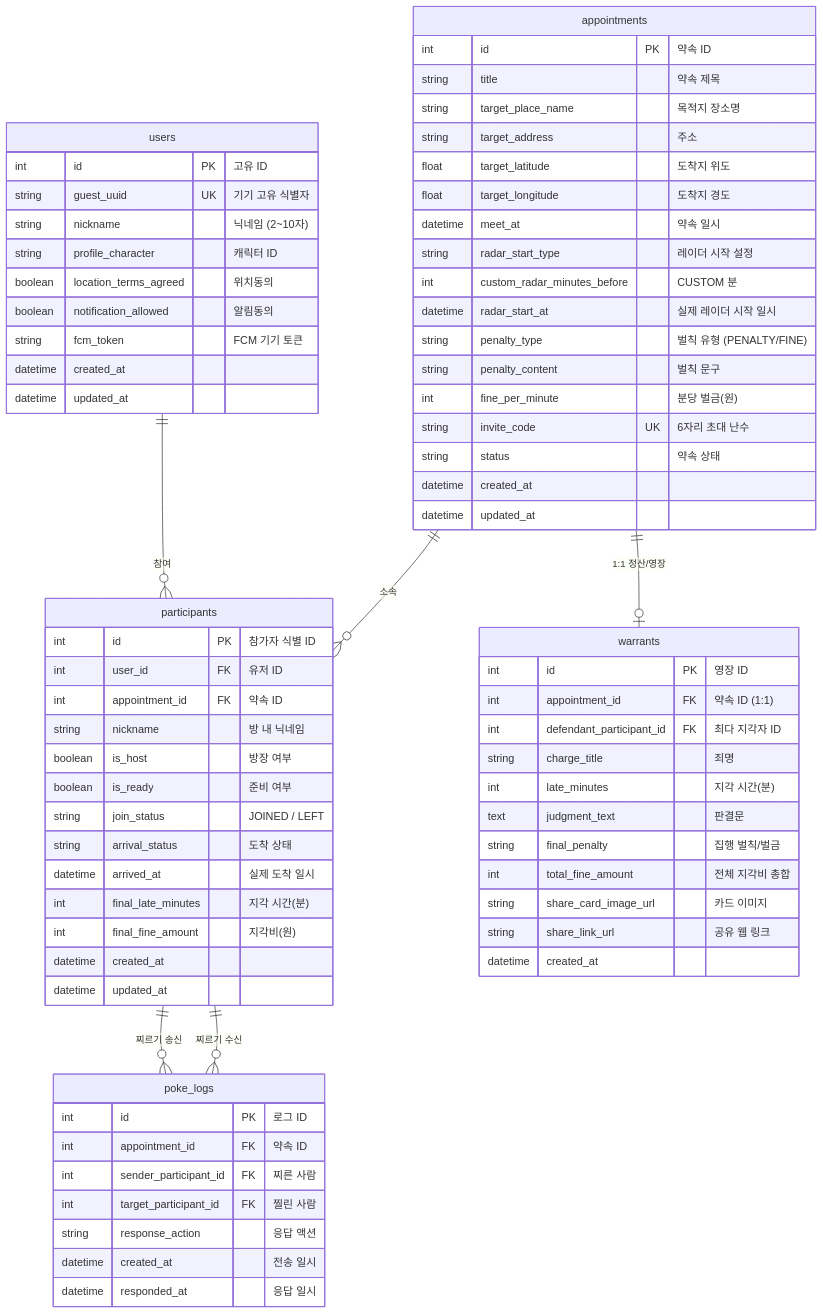
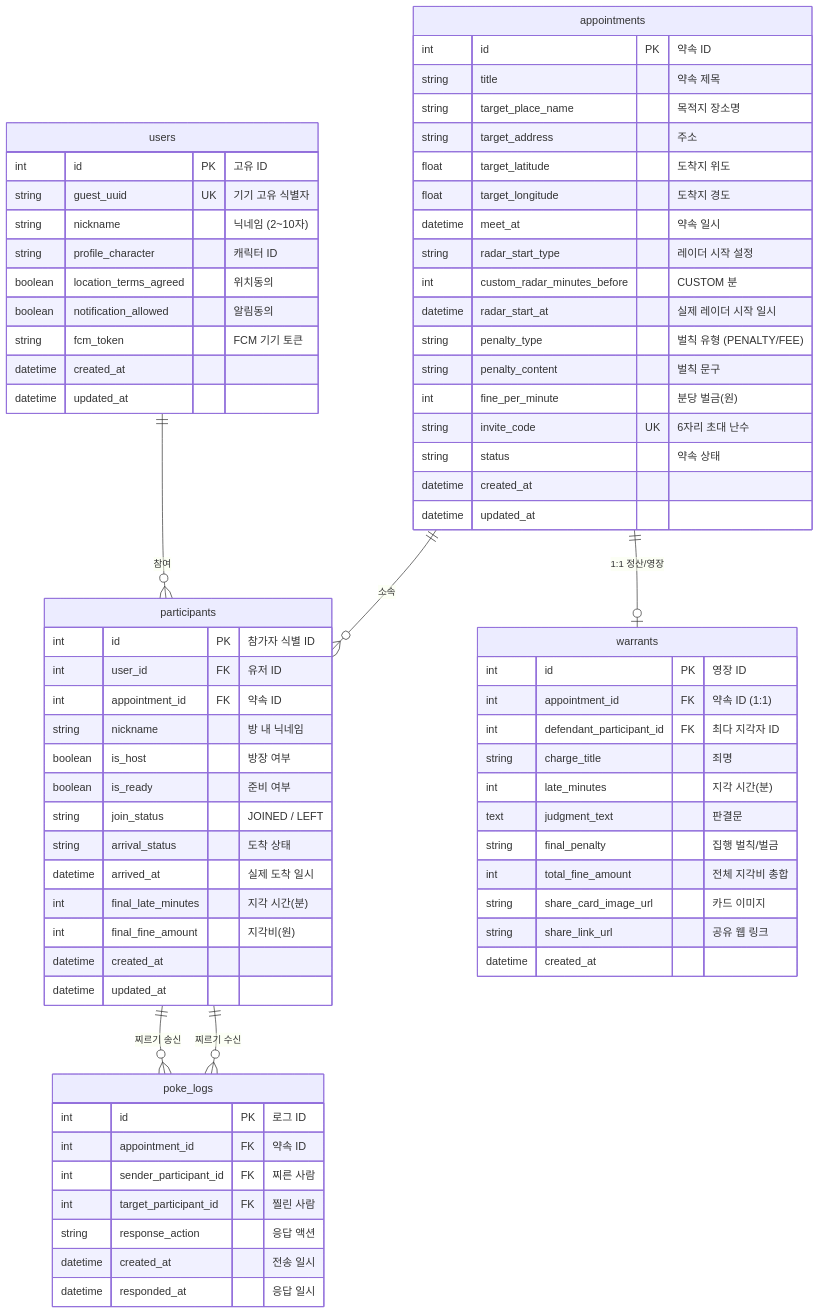
One commit to gomoboo/ETA_BE changed the diagram in docs/DB_SCHEMA.md. Above: the diagram before and after it, drawn with Mermaid. The commit also changed other lines of this file and 4 other files, not shown here.

Commit message:
refactor: Rename penalty type FINE to FEE to match API spec

````diff
--- a/docs/DB_SCHEMA.md
+++ b/docs/DB_SCHEMA.md
@@ -10,80 +10,80 @@
 ```mermaid
 erDiagram
     users ||--o{ participants : "참여"
     appointments ||--o{ participants : "소속"
     appointments ||--o| warrants : "1:1 정산/영장"
     participants ||--o{ poke_logs : "찌르기 송신"
     participants ||--o{ poke_logs : "찌르기 수신"
 
     users {
         int id PK "고유 ID"
         string guest_uuid UK "기기 고유 식별자"
         string nickname "닉네임 (2~10자)"
         string profile_character "캐릭터 ID"
         boolean location_terms_agreed "위치동의"
         boolean notification_allowed "알림동의"
         string fcm_token "FCM 기기 토큰"
         datetime created_at
         datetime updated_at
     }
 
     appointments {
         int id PK "약속 ID"
         string title "약속 제목"
         string target_place_name "목적지 장소명"
         string target_address "주소"
         float target_latitude "도착지 위도"
         float target_longitude "도착지 경도"
         datetime meet_at "약속 일시"
         string radar_start_type "레이더 시작 설정"
         int custom_radar_minutes_before "CUSTOM 분"
         datetime radar_start_at "실제 레이더 시작 일시"
-        string penalty_type "벌칙 유형 (PENALTY/FINE)"
+        string penalty_type "벌칙 유형 (PENALTY/FEE)"
         string penalty_content "벌칙 문구"
         int fine_per_minute "분당 벌금(원)"
         string invite_code UK "6자리 초대 난수"
         string status "약속 상태"
         datetime created_at
         datetime updated_at
     }
 
     participants {
         int id PK "참가자 식별 ID"
         int user_id FK "유저 ID"
         int appointment_id FK "약속 ID"
         string nickname "방 내 닉네임"
         boolean is_host "방장 여부"
         boolean is_ready "준비 여부"
         string join_status "JOINED / LEFT"
         string arrival_status "도착 상태"
         datetime arrived_at "실제 도착 일시"
         int final_late_minutes "지각 시간(분)"
         int final_fine_amount "지각비(원)"
         datetime created_at
         datetime updated_at
     }
 
     warrants {
         int id PK "영장 ID"
         int appointment_id FK "약속 ID (1:1)"
         int defendant_participant_id FK "최다 지각자 ID"
         string charge_title "죄명"
         int late_minutes "지각 시간(분)"
         text judgment_text "판결문"
         string final_penalty "집행 벌칙/벌금"
         int total_fine_amount "전체 지각비 총합"
         string share_card_image_url "카드 이미지"
         string share_link_url "공유 웹 링크"
         datetime created_at
     }
 
     poke_logs {
         int id PK "로그 ID"
         int appointment_id FK "약속 ID"
         int sender_participant_id FK "찌른 사람"
         int target_participant_id FK "찔린 사람"
         string response_action "응답 액션"
         datetime created_at "전송 일시"
         datetime responded_at "응답 일시"
     }
 ```
````
